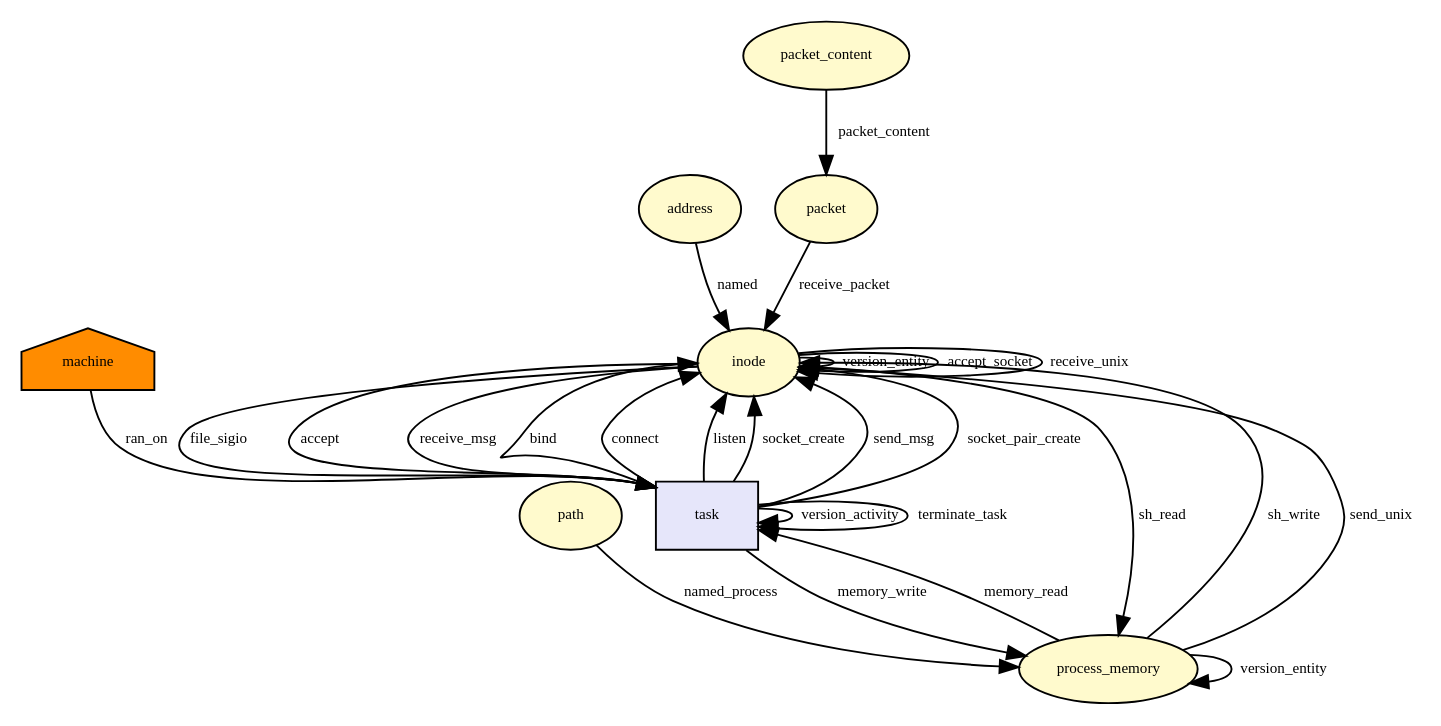
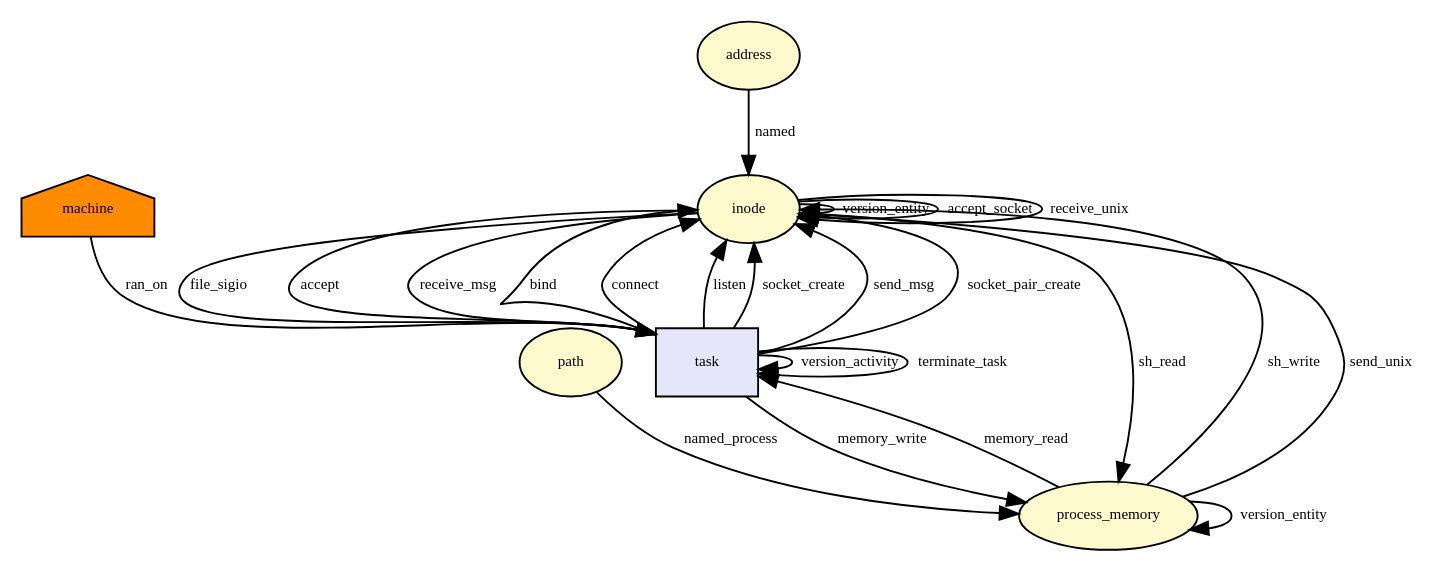
Before and after one commit to CamFlow/camflow-dev: the diagram in docs/dot/__x64_sys_socketcall.dot, drawn with Graphviz. The commit also changed 90 other files, not shown here.

```diff
--- a/docs/dot/__x64_sys_socketcall.dot
+++ b/docs/dot/__x64_sys_socketcall.dot
@@ -1,67 +1,59 @@
 digraph RGL__DirectedAdjacencyGraph {inode[fontsize = 8,label = inode,shape = ellipse, fillcolor="#fffacd", style = filled]
 
 task[fontsize = 8,label = task,shape = rectangle, fillcolor="#e6e6fa", style = filled]
 
 inode -> task[fontsize = 8,label = file_sigio]
 
 process_memory[fontsize = 8,label = process_memory,shape = ellipse, fillcolor="#fffacd", style = filled]
 
 task -> process_memory[fontsize = 8,label = memory_write]
 
 task -> task[fontsize = 8,label = version_activity]
 
 process_memory -> process_memory[fontsize = 8,label = version_entity]
 
 process_memory -> inode[fontsize = 8,label = sh_write]
 
 inode -> inode[fontsize = 8,label = version_entity]
 
 path[fontsize = 8,label = path,shape = ellipse, fillcolor="#fffacd", style = filled]
 
 path -> process_memory[fontsize = 8,label = named_process]
 
 machine[fontsize = 8,label = machine,shape = house, fillcolor="#ff8c00", style = filled]
 
 machine -> task[fontsize = 8,label = ran_on]
 
 inode -> inode[fontsize = 8,label = accept_socket]
 
 inode -> task[fontsize = 8,label = accept]
 
 address[fontsize = 8,label = address,shape = ellipse, fillcolor="#fffacd", style = filled]
 
 address -> inode[fontsize = 8,label = named]
 
 process_memory -> task[fontsize = 8,label = memory_read]
 
 task -> inode[fontsize = 8,label = bind]
 
 inode -> process_memory[fontsize = 8,label = sh_read]
 
 task -> inode[fontsize = 8,label = connect]
 
 task -> inode[fontsize = 8,label = listen]
 
 task -> inode[fontsize = 8,label = socket_create]
 
 process_memory -> inode[fontsize = 8,label = send_unix]
 
 inode -> task[fontsize = 8,label = receive_msg]
 
 task -> inode[fontsize = 8,label = send_msg]
 
 inode -> inode[fontsize = 8,label = receive_unix]
 
-packet_content[fontsize = 8,label = packet_content,shape = ellipse, fillcolor="#fffacd", style = filled]
-
-packet[fontsize = 8,label = packet,shape = ellipse, fillcolor="#fffacd", style = filled]
-
-packet_content -> packet[fontsize = 8,label = packet_content]
-
-packet -> inode[fontsize = 8,label = receive_packet]
-
 task -> inode[fontsize = 8,label = socket_pair_create]
 
 task -> task[fontsize = 8,label = terminate_task]
 
 }
```
